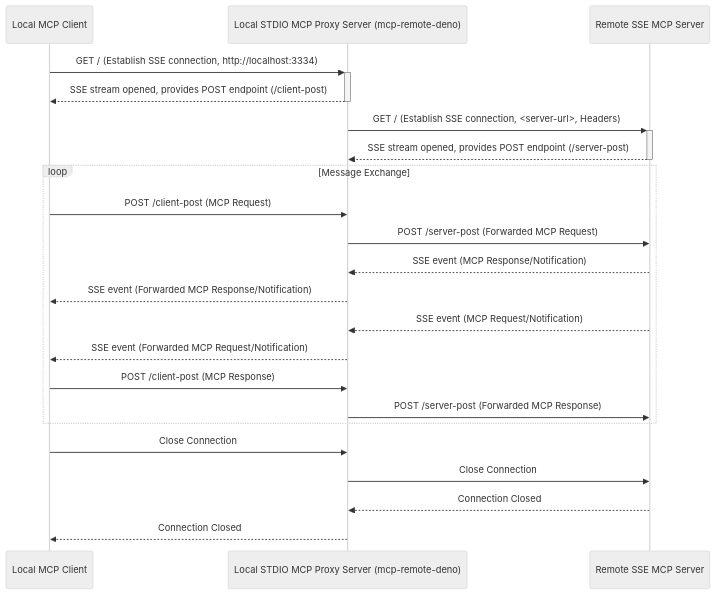
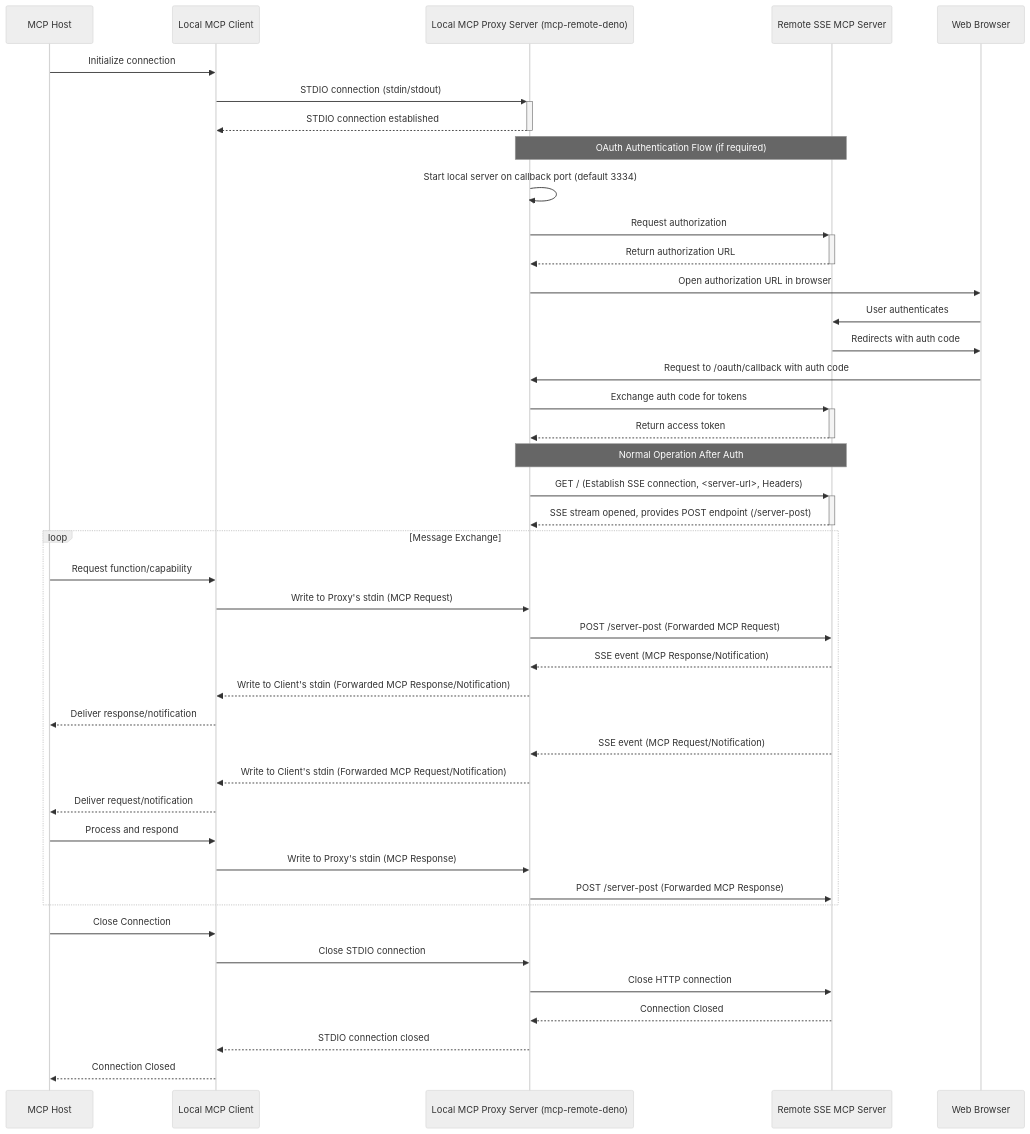
Before and after one commit to mmizutani/mcp-remote-deno: the diagram in README.md, drawn with Mermaid (neutral theme). The commit also changed other lines of this file and 2 other files, not shown here.

Commit message:
Enhance README and code documentation: Add OAuth authentication details, clarify usage instructions, and improve function comments for better understanding of parameters in client and proxy functions.

````diff
--- a/README.md
+++ b/README.md
@@ -129,29 +140,50 @@
 ```mermaid
 sequenceDiagram
+    participant Host as MCP Host
     participant Client as Local MCP Client
-    participant Proxy as Local STDIO MCP Proxy Server (mcp-remote-deno)
+    participant Proxy as Local MCP Proxy Server (mcp-remote-deno)
     participant Server as Remote SSE MCP Server
+    participant Browser as Web Browser
 
-    Client->>+Proxy: GET / (Establish SSE connection, http://localhost:3334)
-    Proxy-->>-Client: SSE stream opened, provides POST endpoint (/client-post)
+    Host->>Client: Initialize connection
+    Client->>+Proxy: STDIO connection (stdin/stdout)
+    Proxy-->>-Client: STDIO connection established
 
+    Note over Proxy,Server: OAuth Authentication Flow (if required)
+    Proxy->>Proxy: Start local server on callback port (default 3334)
+    Proxy->>+Server: Request authorization
+    Server-->>-Proxy: Return authorization URL
+    Proxy->>Browser: Open authorization URL in browser
+    Browser->>Server: User authenticates
+    Server->>Browser: Redirects with auth code
+    Browser->>Proxy: Request to /oauth/callback with auth code
+    Proxy->>+Server: Exchange auth code for tokens
+    Server-->>-Proxy: Return access token
+
+    Note over Proxy,Server: Normal Operation After Auth
     Proxy->>+Server: GET / (Establish SSE connection, <server-url>, Headers)
     Server-->>-Proxy: SSE stream opened, provides POST endpoint (/server-post)
 
     loop Message Exchange
-        Client->>Proxy: POST /client-post (MCP Request)
+        Host->>Client: Request function/capability
+        Client->>Proxy: Write to Proxy's stdin (MCP Request)
         Proxy->>Server: POST /server-post (Forwarded MCP Request)
         Server-->>Proxy: SSE event (MCP Response/Notification)
-        Proxy-->>Client: SSE event (Forwarded MCP Response/Notification)
+        Proxy-->>Client: Write to Client's stdin (Forwarded MCP Response/Notification)
+        Client-->>Host: Deliver response/notification
 
         Server-->>Proxy: SSE event (MCP Request/Notification)
-        Proxy-->>Client: SSE event (Forwarded MCP Request/Notification)
-        Client->>Proxy: POST /client-post (MCP Response)
+        Proxy-->>Client: Write to Client's stdin (Forwarded MCP Request/Notification)
+        Client-->>Host: Deliver request/notification
+        Host->>Client: Process and respond
+        Client->>Proxy: Write to Proxy's stdin (MCP Response)
         Proxy->>Server: POST /server-post (Forwarded MCP Response)
     end
 
-    Client->>Proxy: Close Connection
-    Proxy->>Server: Close Connection
+    Host->>Client: Close Connection
+    Client->>Proxy: Close STDIO connection
+    Proxy->>Server: Close HTTP connection
     Server-->>Proxy: Connection Closed
-    Proxy-->>Client: Connection Closed
+    Proxy-->>Client: STDIO connection closed
+    Client-->>Host: Connection Closed
 ```
````
